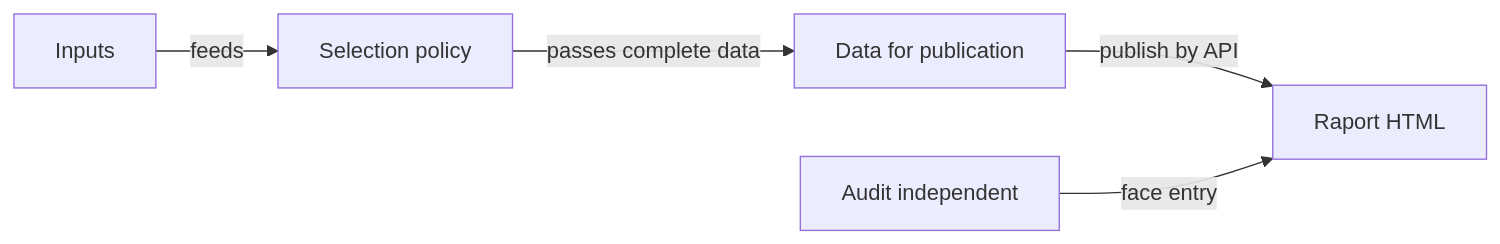
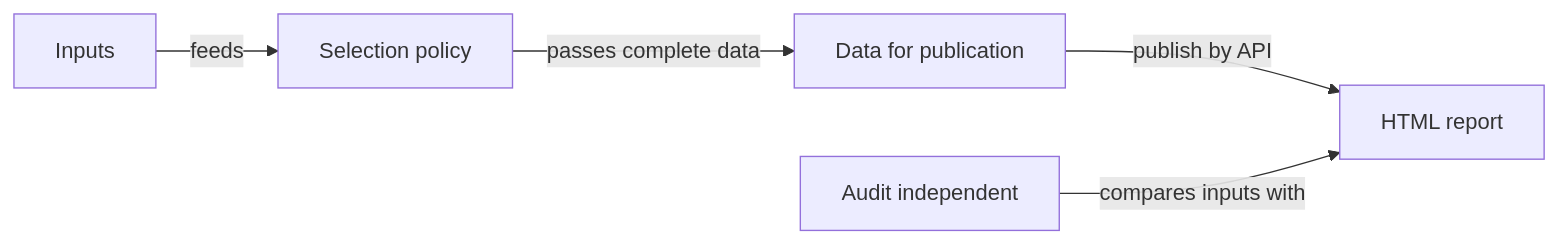
Before and after one commit to crististefanita/atf_j4: the diagram in atf-tests/README.md, drawn with Mermaid. The commit also changed other lines of this file and 126 other files, not shown here.

````diff
--- a/atf-tests/README.md
+++ b/atf-tests/README.md
@@ -11,7 +11,7 @@
 ```mermaid
 flowchart LR
     INPUT[Inputs] -->|feeds| POLICY[Selection policy]
     POLICY -->|passes complete data| DATA[Data for publication]
-    DATA -->|publish by API| HTML[Raport HTML]
-    AUDIT[Audit independent] -->|face entry| HTML
+    DATA -->|publish by API| HTML[HTML report]
+    AUDIT[Audit independent] -->|compares inputs with| HTML
 ```
````
